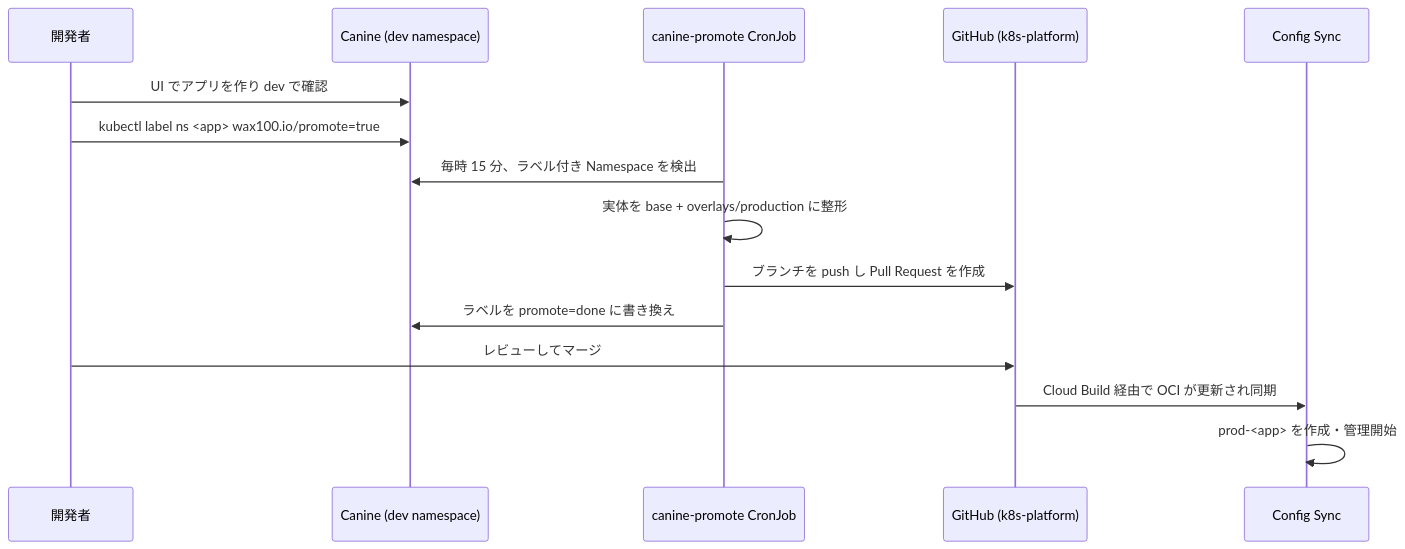
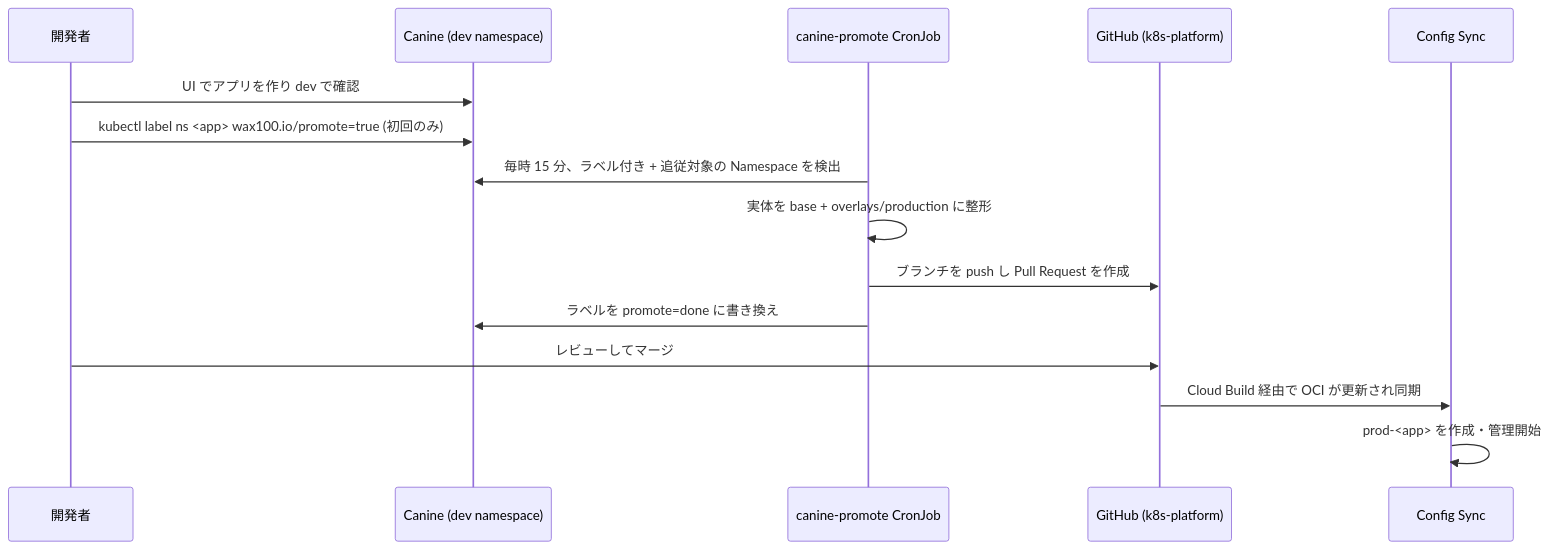
Before and after one commit to waxsd100/k8s-platform: the third of 3 diagrams in docs/DEPLOYMENT_FLOW.md, drawn with Mermaid. The commit also changed other lines of this file and 17 other files, not shown here.

````diff
--- a/docs/DEPLOYMENT_FLOW.md
+++ b/docs/DEPLOYMENT_FLOW.md
@@ -101,18 +102,18 @@
 ```mermaid
 sequenceDiagram
     participant Dev as 開発者
     participant CN as Canine (dev namespace)
     participant PJ as canine-promote CronJob
     participant GH as GitHub (k8s-platform)
     participant CS as Config Sync
 
     Dev->>CN: UI でアプリを作り dev で確認
-    Dev->>CN: kubectl label ns <app> wax100.io/promote=true
-    PJ->>CN: 毎時 15 分、ラベル付き Namespace を検出
+    Dev->>CN: kubectl label ns <app> wax100.io/promote=true (初回のみ)
+    PJ->>CN: 毎時 15 分、ラベル付き + 追従対象の Namespace を検出
     PJ->>PJ: 実体を base + overlays/production に整形
     PJ->>GH: ブランチを push し Pull Request を作成
     PJ->>CN: ラベルを promote=done に書き換え
     Dev->>GH: レビューしてマージ
     GH->>CS: Cloud Build 経由で OCI が更新され同期
     CS->>CS: prod-<app> を作成・管理開始
 ```
````
